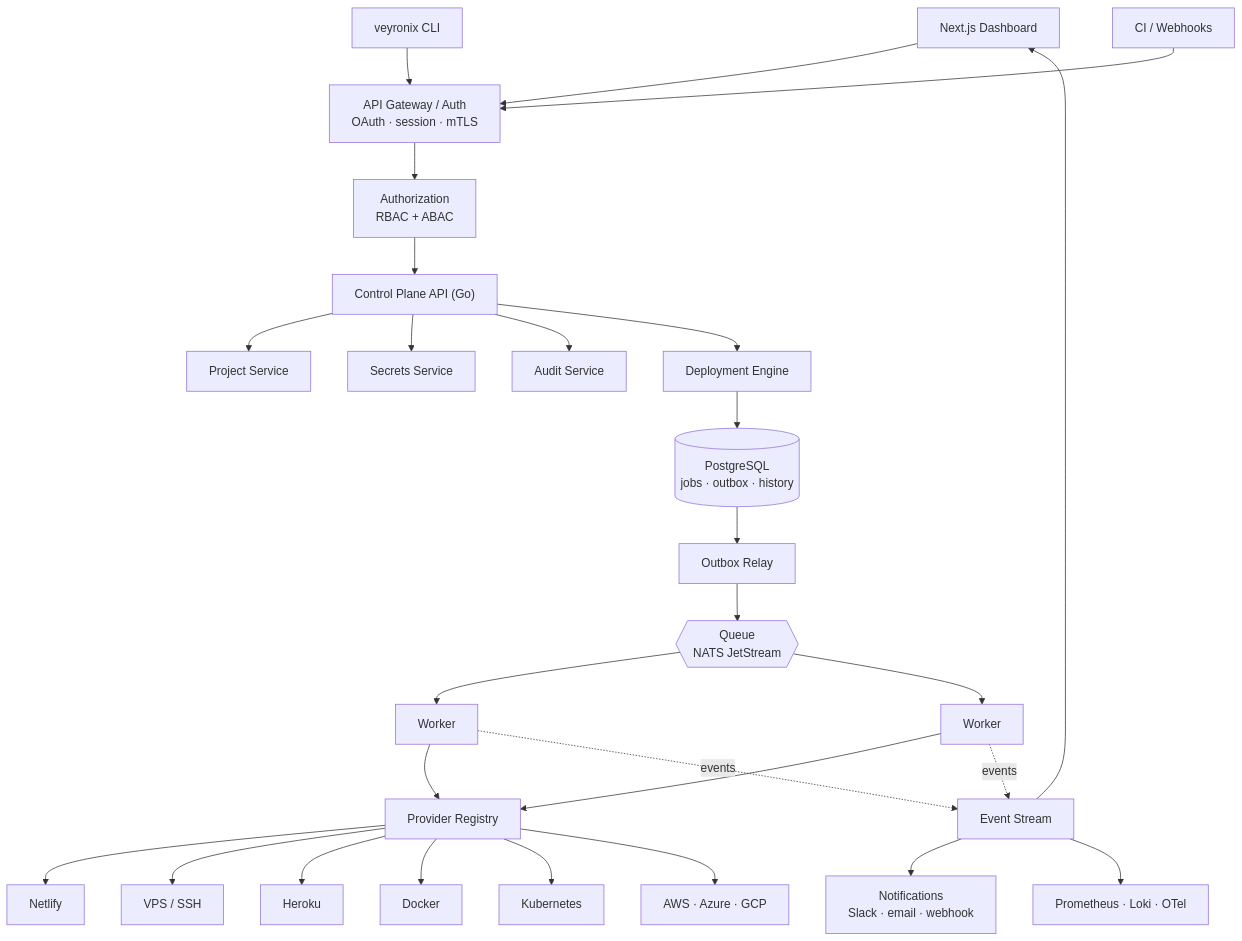
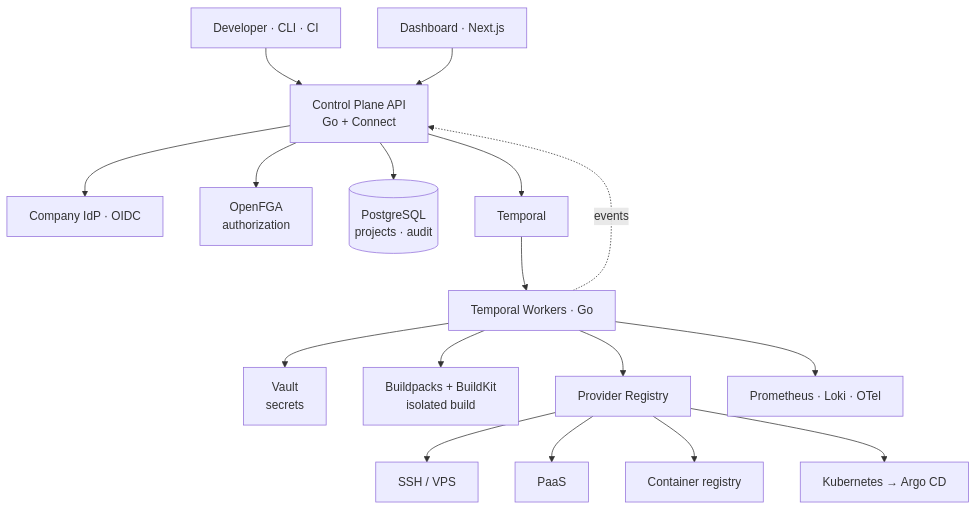
The diagram in README.md (nickemma/veyronix), drawn with Mermaid before and after one commit. The commit also changed other lines of this file and 22 other files, not shown here.

````diff
--- a/README.md
+++ b/README.md
@@ -78,36 +65,23 @@
 ```mermaid
 flowchart TB
-    UI["Next.js Dashboard"] --> GW["API Gateway / Auth<br/>OAuth · session · mTLS"]
-    CLI["veyronix CLI"] --> GW
-    CI["CI / Webhooks"] --> GW
+    DEV["Developer · CLI · CI"] --> API["Control Plane API<br/>Go + Connect"]
+    UI["Dashboard · Next.js"] --> API
 
-    GW --> AUTHZ["Authorization<br/>RBAC + ABAC"]
-    AUTHZ --> API["Control Plane API (Go)"]
+    API --> IDP["Company IdP · OIDC"]
+    API --> FGA["OpenFGA<br/>authorization"]
+    API --> PG[("PostgreSQL<br/>projects · audit")]
+    API --> TC["Temporal"]
 
-    API --> PROJ["Project Service"]
-    API --> SEC["Secrets Service"]
-    API --> AUD["Audit Service"]
-    API --> ENG["Deployment Engine"]
+    TC --> TW["Temporal Workers · Go"]
+    TW --> VAULT["Vault<br/>secrets"]
+    TW --> BUILD["Buildpacks + BuildKit<br/>isolated build"]
+    TW --> REG["Provider Registry"]
 
-    ENG --> DB[("PostgreSQL<br/>jobs · outbox · history")]
-    DB --> OUT["Outbox Relay"]
-    OUT --> Q{{"Queue<br/>NATS JetStream"}}
-    Q --> W1["Worker"]
-    Q --> W2["Worker"]
+    REG --> P1["SSH / VPS"]
+    REG --> P2["PaaS"]
+    REG --> P3["Container registry"]
+    REG --> P4["Kubernetes → Argo CD"]
 
-    W1 --> REG["Provider Registry"]
-    W2 --> REG
-
-    REG --> P1["Netlify"]
-    REG --> P2["VPS / SSH"]
-    REG --> P3["Heroku"]
-    REG --> P4["Docker"]
-    REG --> P5["Kubernetes"]
-    REG --> P6["AWS · Azure · GCP"]
-
-    W1 -.events.-> EV["Event Stream"]
-    W2 -.events.-> EV
-    EV --> UI
-    EV --> NOTIF["Notifications<br/>Slack · email · webhook"]
-    EV --> OBS["Prometheus · Loki · OTel"]
+    TW -.->|events| API
+    TW --> OBS["Prometheus · Loki · OTel"]
 ```
````
